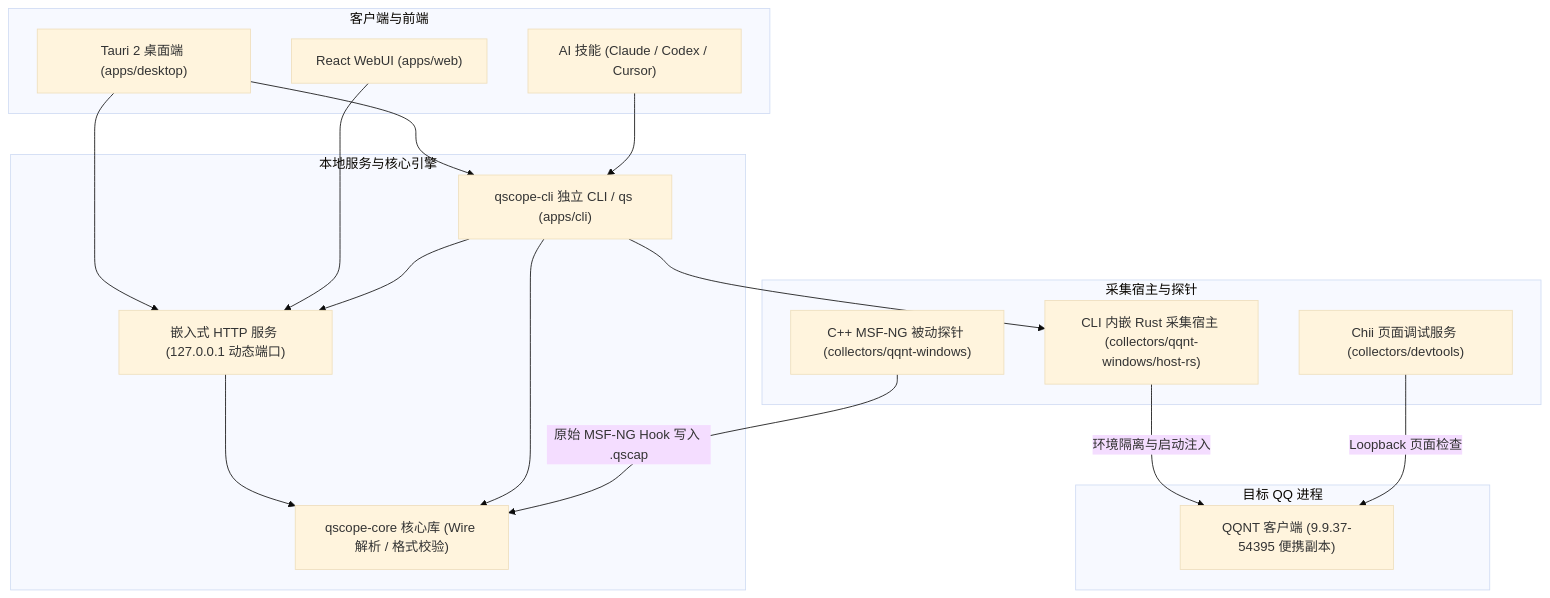
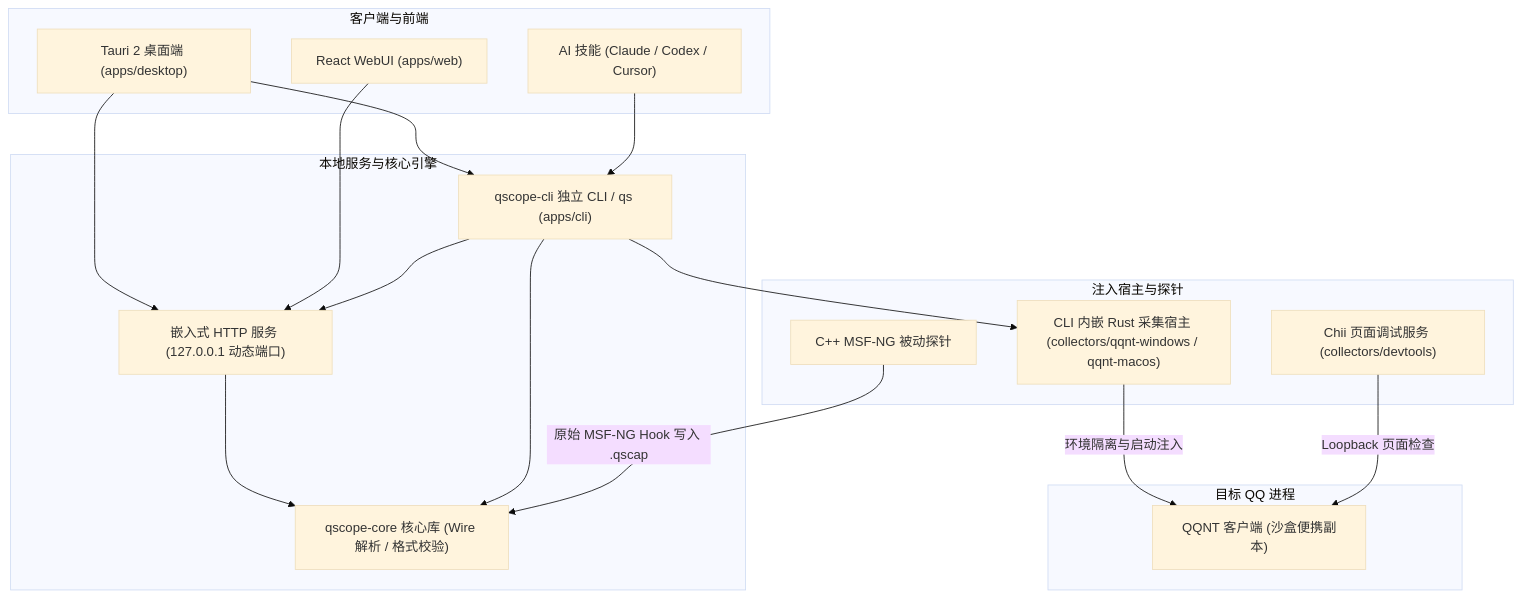
The diagram in README.md (sj817/QScope), drawn with Mermaid (base theme) before and after one commit. The commit also changed other lines of this file and 7 other files, not shown here.

````diff
--- a/README.md
+++ b/README.md
@@ -196,37 +176,37 @@
 ```mermaid
 flowchart TD
     subgraph UI ["客户端与前端"]
         Desktop["Tauri 2 桌面端 (apps/desktop)"]
         WebUI["React WebUI (apps/web)"]
         Agent["AI 技能 (Claude / Codex / Cursor)"]
     end
 
     subgraph Core ["本地服务与核心引擎"]
         CLI["qscope-cli 独立 CLI / qs (apps/cli)"]
         Server["嵌入式 HTTP 服务 (127.0.0.1 动态端口)"]
         Engine["qscope-core 核心库 (Wire 解析 / 格式校验)"]
     end
 
-    subgraph Host ["采集宿主与探针"]
-        NativeHost["CLI 内嵌 Rust 采集宿主 (collectors/qqnt-windows/host-rs)"]
-        CppProbe["C++ MSF-NG 被动探针 (collectors/qqnt-windows)"]
+    subgraph Host ["注入宿主与探针"]
+        NativeHost["CLI 内嵌 Rust 采集宿主 (collectors/qqnt-windows / qqnt-macos)"]
+        CppProbe["C++ MSF-NG 被动探针"]
         DevToolsBridge["Chii 页面调试服务 (collectors/devtools)"]
     end
 
     subgraph Target ["目标 QQ 进程"]
-        QQApp["QQNT 客户端 (9.9.37-54395 便携副本)"]
+        QQApp["QQNT 客户端 (沙盒便携副本)"]
     end
 
     Desktop --> CLI
     Desktop --> Server
     WebUI --> Server
     Agent --> CLI
     CLI --> Server
     Server --> Engine
     CLI --> Engine
     CLI --> NativeHost
 
     NativeHost -->|环境隔离与启动注入| QQApp
     CppProbe -->|原始 MSF-NG Hook 写入 .qscap| Engine
     DevToolsBridge -->|Loopback 页面检查| QQApp
 ```
````
